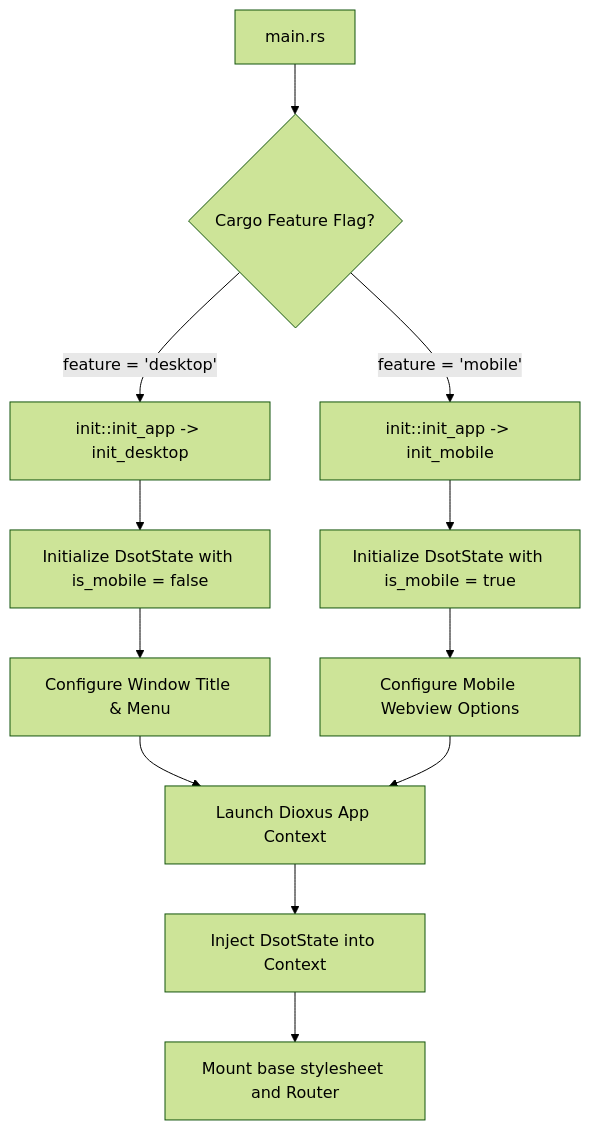
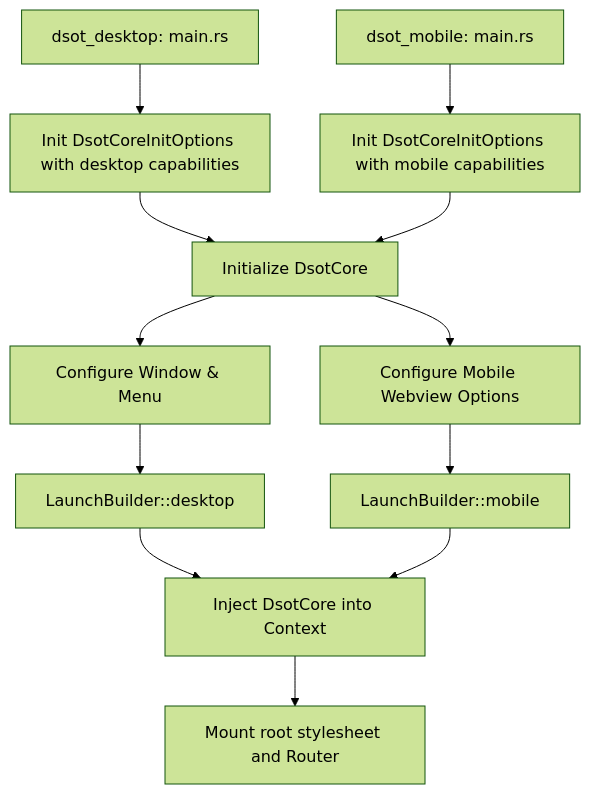
Before and after one commit to Davidblkx/dsot: the diagram in docs/diagrams/platform_bootstrapping.mermaid, drawn with Mermaid (forest theme). The commit also changed 9 other files, not shown here.

First line of the commit message:
Refactor crate architecture and rename UI components

```diff
--- a/docs/diagrams/platform_bootstrapping.mermaid
+++ b/docs/diagrams/platform_bootstrapping.mermaid
@@ -1,16 +1,17 @@
 graph TD
-    A[main.rs] --> B{Cargo Feature Flag?}
-    B -->|feature = 'desktop'| C[init::init_app -> init_desktop]
-    B -->|feature = 'mobile'| D[init::init_app -> init_mobile]
+    A1[dsot_desktop: main.rs] --> E1[Init DsotCoreInitOptions with desktop capabilities]
+    A2[dsot_mobile: main.rs] --> E2[Init DsotCoreInitOptions with mobile capabilities]
     
-    C --> E[Initialize DsotState with is_mobile = false]
-    D --> F[Initialize DsotState with is_mobile = true]
+    E1 --> G[Initialize DsotCore]
+    E2 --> G
     
-    E --> G[Configure Window Title & Menu]
-    F --> H[Configure Mobile Webview Options]
+    G --> H1[Configure Window & Menu]
+    G --> H2[Configure Mobile Webview Options]
     
-    G --> I[Launch Dioxus App Context]
-    H --> I
+    H1 --> I1[LaunchBuilder::desktop]
+    H2 --> I2[LaunchBuilder::mobile]
     
-    I --> J[Inject DsotState into Context]
-    J --> K[Mount base stylesheet and Router]
+    I1 --> J[Inject DsotCore into Context]
+    I2 --> J
+    
+    J --> K[Mount root stylesheet and Router]
```
